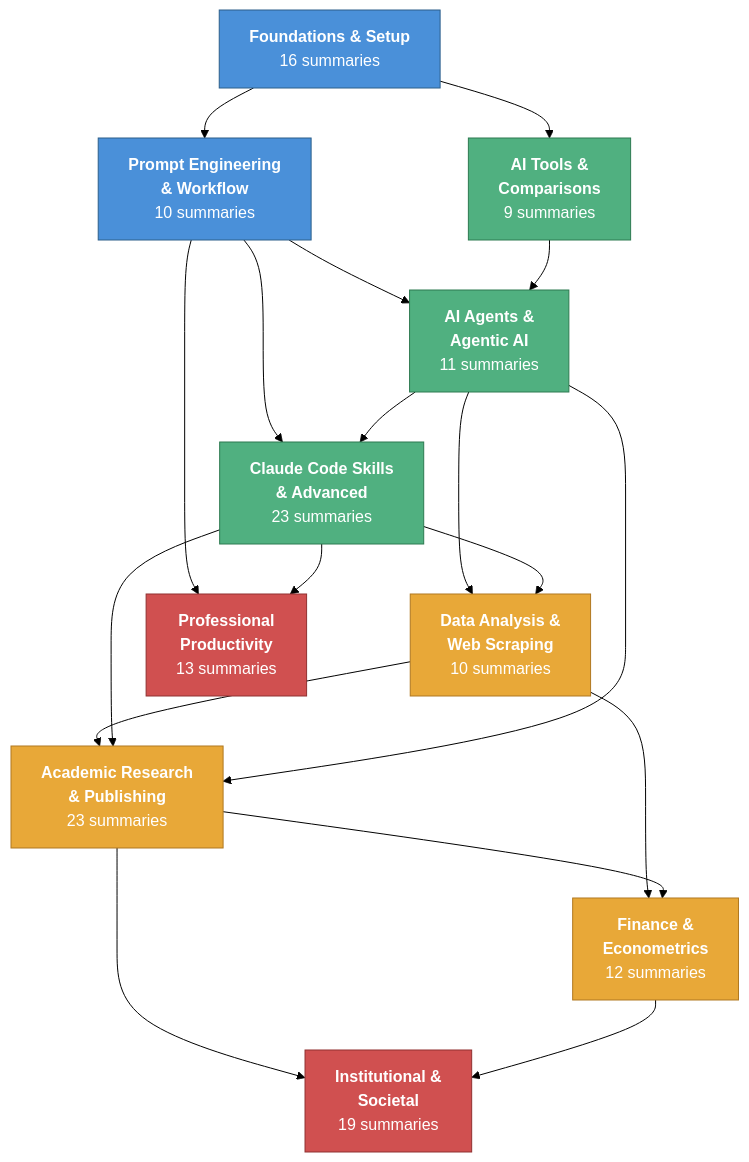
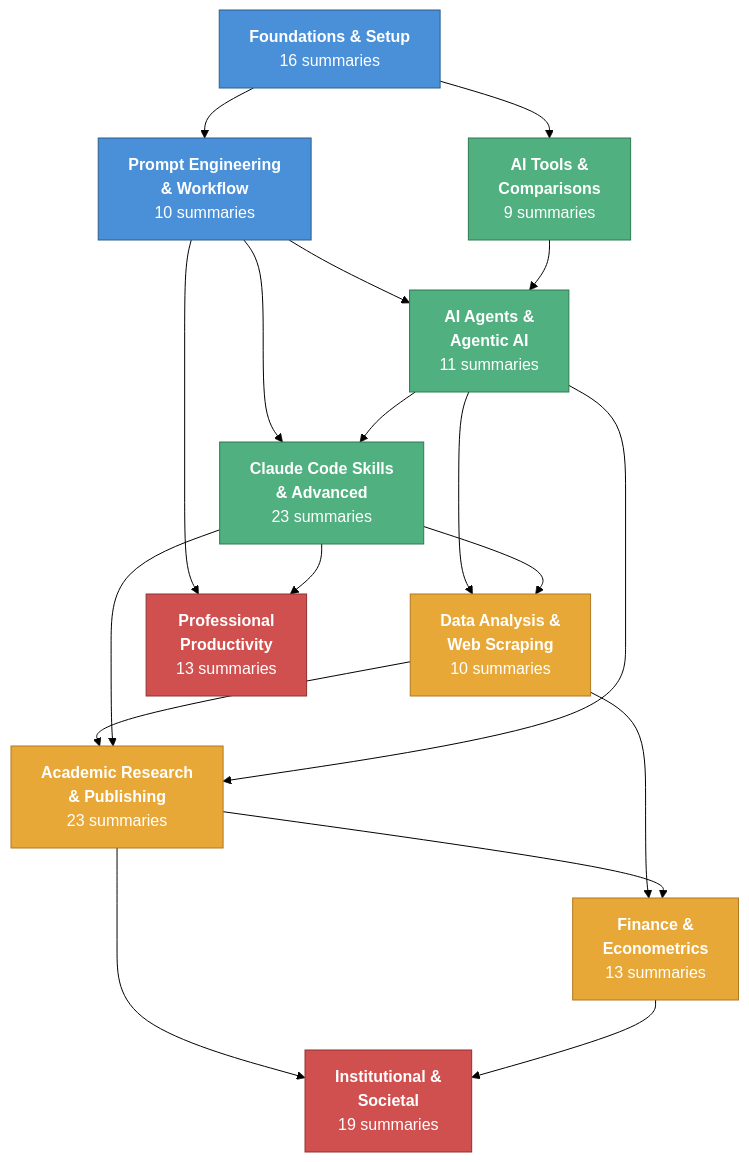
Before and after one commit to velikov-mihail/ai-econ-wiki: the diagram in wiki/visualizations/category-map.md, drawn with Mermaid (forest theme). The commit also changed other lines of this file and 9 other files, not shown here.

````diff
--- a/wiki/visualizations/category-map.md
+++ b/wiki/visualizations/category-map.md
@@ -11,49 +11,49 @@
 ```mermaid
 graph TD
     FS["<b>Foundations & Setup</b><br/>16 summaries"]
     PE["<b>Prompt Engineering<br/>& Workflow</b><br/>10 summaries"]
     AG["<b>AI Agents &<br/>Agentic AI</b><br/>11 summaries"]
     CS["<b>Claude Code Skills<br/>& Advanced</b><br/>23 summaries"]
     DA["<b>Data Analysis &<br/>Web Scraping</b><br/>10 summaries"]
     AR["<b>Academic Research<br/>& Publishing</b><br/>23 summaries"]
-    FE["<b>Finance &<br/>Econometrics</b><br/>12 summaries"]
+    FE["<b>Finance &<br/>Econometrics</b><br/>13 summaries"]
     AT["<b>AI Tools &<br/>Comparisons</b><br/>9 summaries"]
     IS["<b>Institutional &<br/>Societal</b><br/>19 summaries"]
     PP["<b>Professional<br/>Productivity</b><br/>13 summaries"]
 
     %% Foundational layer
     FS --> PE
     FS --> AT
     PE --> AG
     PE --> CS
 
     %% Technical layer
     AG --> CS
     AG --> DA
     CS --> DA
     AT --> AG
 
     %% Applied layer
     DA --> AR
     DA --> FE
     AR --> FE
     CS --> AR
     AG --> AR
 
     %% Productivity & big picture
     PE --> PP
     CS --> PP
     AR --> IS
     FE --> IS
 
     %% Styling
     classDef foundation fill:#4a90d9,stroke:#2c5f8a,color:#fff
     classDef technical fill:#50b080,stroke:#2d7a50,color:#fff
     classDef applied fill:#e8a838,stroke:#b07820,color:#fff
     classDef bigpicture fill:#d05050,stroke:#903030,color:#fff
 
     class FS,PE foundation
     class AG,CS,AT technical
     class DA,AR,FE applied
     class IS,PP bigpicture
 ```
````
